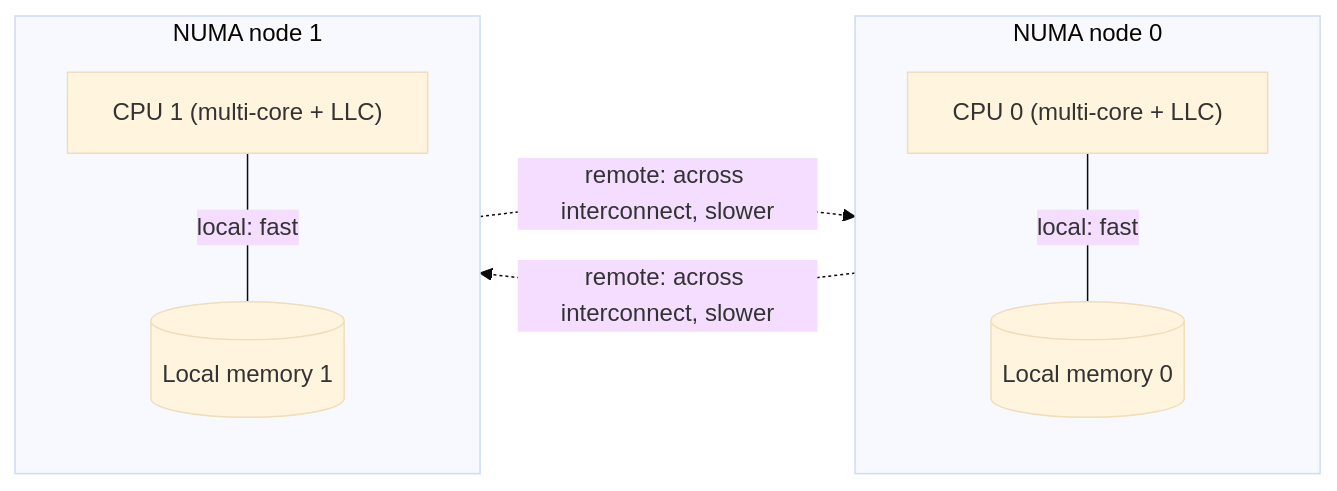
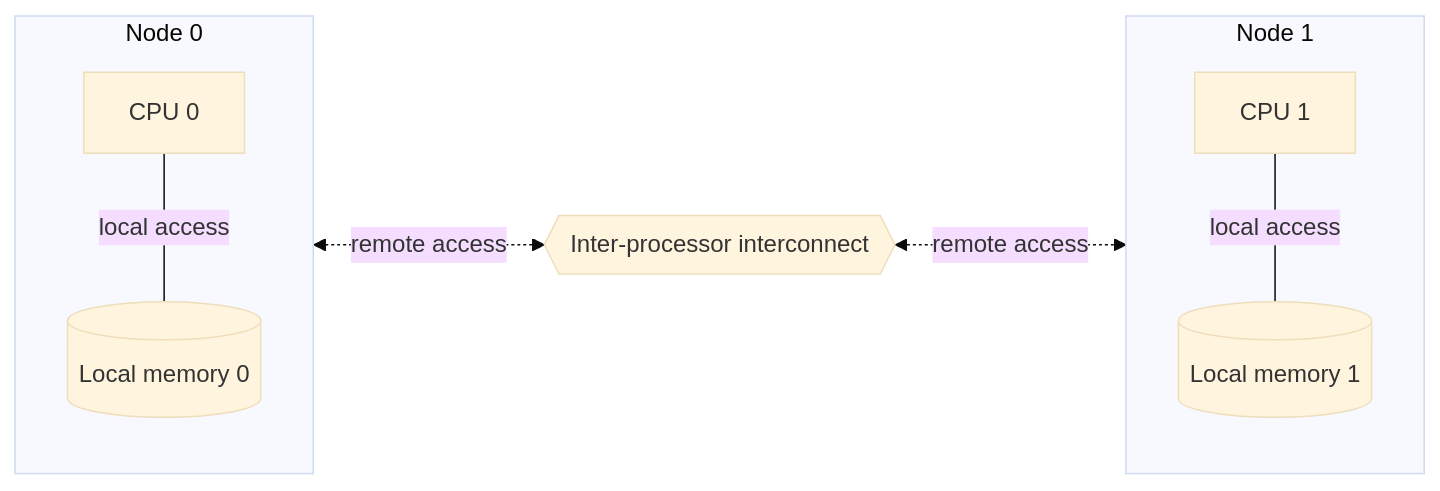
Before and after one commit to golang-design/under-the-hood: the diagram in book/en-us/part3concurrency/ch09sched/numa.md, drawn with Mermaid (base theme). The commit also changed other lines of this file and 30 other files, not shown here.

````diff
--- a/book/en-us/part3concurrency/ch09sched/numa.md
+++ b/book/en-us/part3concurrency/ch09sched/numa.md
@@ -14,17 +27,13 @@
 ```mermaid
 flowchart LR
-    subgraph N0["NUMA node 0"]
+    subgraph N0["Node 0"]
       direction TB
-      C0["CPU 0 (multi-core + LLC)"]
-      M0[("Local memory 0")]
-      C0 ---|"local: fast"| M0
+      C0["CPU 0"] ---|"local access"| M0[("Local memory 0")]
     end
-    subgraph N1["NUMA node 1"]
+    X{{"Inter-processor interconnect"}}
+    subgraph N1["Node 1"]
       direction TB
-      C1["CPU 1 (multi-core + LLC)"]
-      M1[("Local memory 1")]
-      C1 ---|"local: fast"| M1
+      C1["CPU 1"] ---|"local access"| M1[("Local memory 1")]
     end
-    C0 -. "remote: across interconnect, slower" .-> M1
-    C1 -. "remote: across interconnect, slower" .-> M0
+    N0 <-. "remote access" .-> X <-. "remote access" .-> N1
 ```
````
